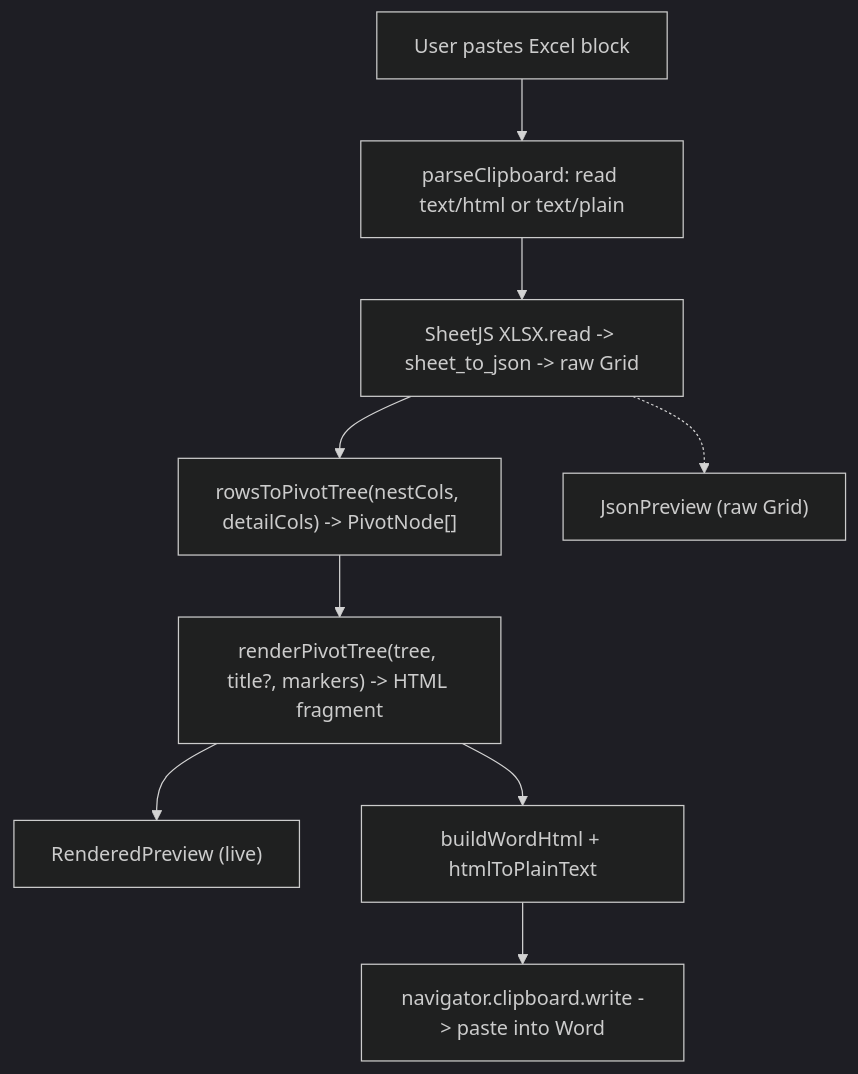
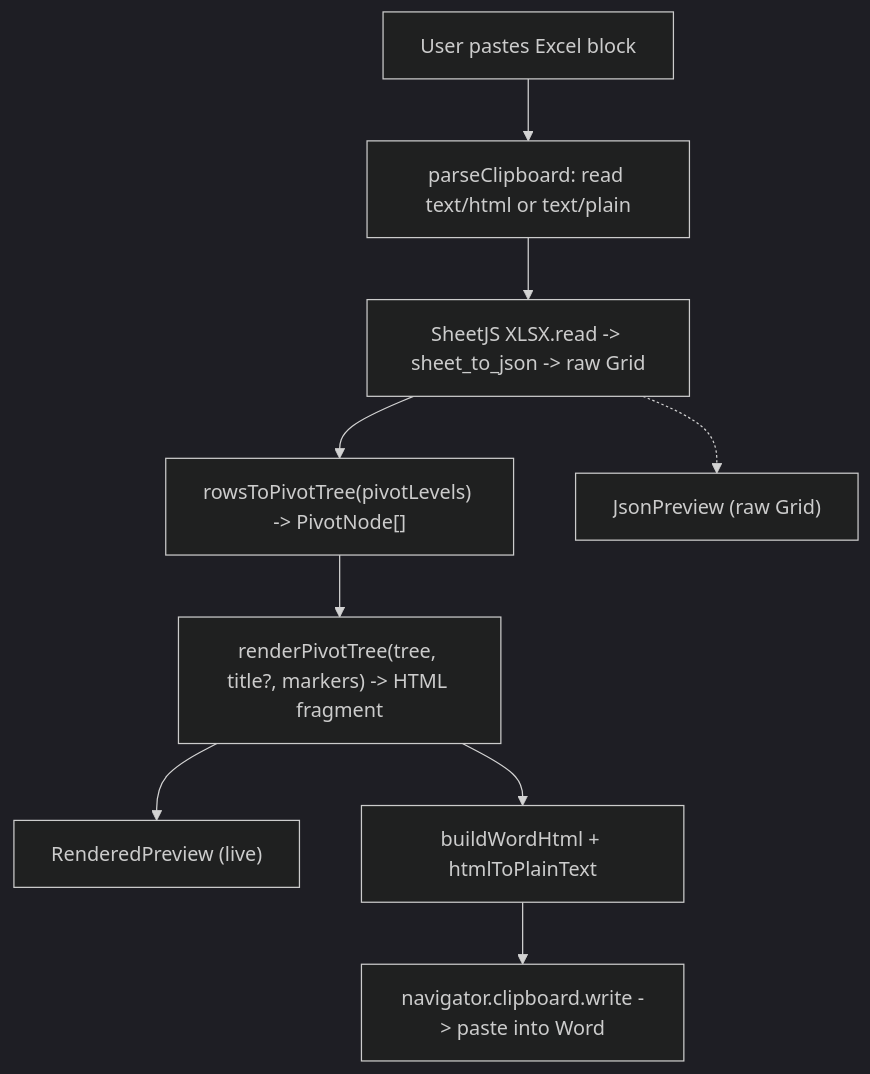
The diagram in docs/ARCHITECTURE.md (maybiiLen/Excel-Parser-), drawn with Mermaid (dark theme) before and after one commit. The commit also changed other lines of this file and 12 other files, not shown here.

Commit message:
Replace pivotOrder with pivotLevels buckets

````diff
--- a/docs/ARCHITECTURE.md
+++ b/docs/ARCHITECTURE.md
@@ -65,15 +66,15 @@
 ```mermaid
 flowchart TD
     A["User pastes Excel block"]
     B["parseClipboard: read text/html or text/plain"]
     C["SheetJS XLSX.read -> sheet_to_json -> raw Grid"]
-    PV["rowsToPivotTree(nestCols, detailCols) -> PivotNode[]"]
+    PV["rowsToPivotTree(pivotLevels) -> PivotNode[]"]
     RP["renderPivotTree(tree, title?, markers) -> HTML fragment"]
     P["RenderedPreview (live)"]
     J["JsonPreview (raw Grid)"]
     W["buildWordHtml + htmlToPlainText"]
     X["navigator.clipboard.write -> paste into Word"]
     A --> B --> C --> PV --> RP --> P
     C -.-> J
     RP --> W --> X
 ```
````
